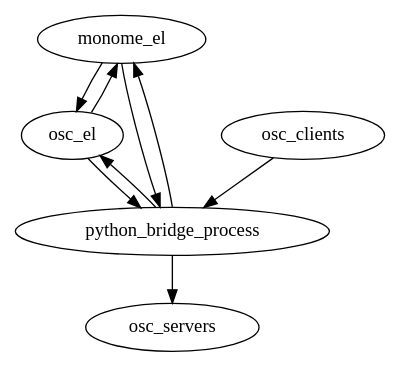
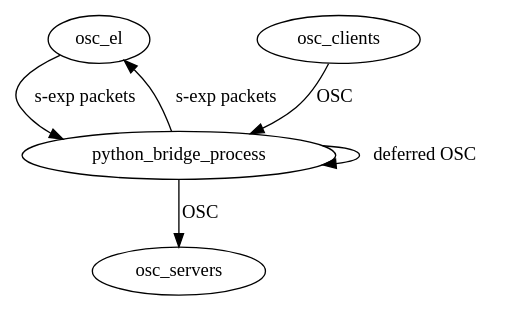
One commit to uucidl/pre.osc-events-for-emacs changed the diagram in README.org. Above: the diagram before and after it, drawn with Graphviz. The commit also changed other lines of this file, not shown here.

Commit message:
more faithful target design

```diff
--- a/README.org
+++ b/README.org
@@ -67,12 +67,9 @@
 #+begin_src dot :file arch.png
   digraph g {
-	  monome_el -> osc_el;
-	  osc_el -> monome_el;
-	  monome_el -> python_bridge_process;
-	  python_bridge_process -> monome_el;
-	  osc_el -> python_bridge_process;
-	  python_bridge_process -> osc_el;
-	  osc_clients -> python_bridge_process;
-	  python_bridge_process -> osc_servers;
+	  osc_el -> python_bridge_process [label="s-exp packets"];
+	  python_bridge_process -> osc_el [label="s-exp packets"];
+	  osc_clients -> python_bridge_process [label="OSC"];
+	  python_bridge_process -> osc_servers [label="OSC"];
+	  python_bridge_process -> python_bridge_process [label="deferred OSC"];
   }
 #+end_src
```
